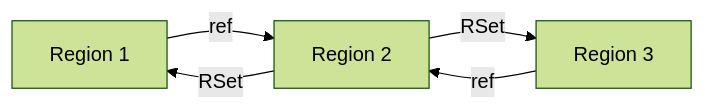
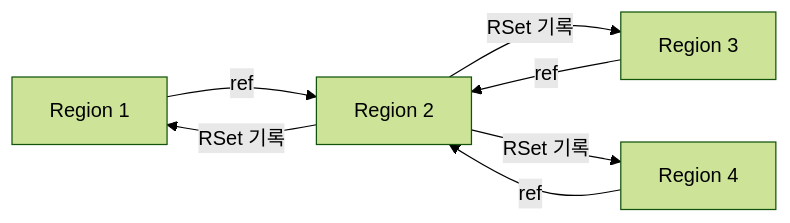
Before and after one commit to jyukki97/study-blog: the first of 3 diagrams in content/learning/deep-dive/deep-dive-jvm-gc-internals.md, drawn with Mermaid (forest theme). The commit also changed other lines of this file and 5 other files, not shown here.

````diff
--- a/content/learning/deep-dive/deep-dive-jvm-gc-internals.md
+++ b/content/learning/deep-dive/deep-dive-jvm-gc-internals.md
@@ -110,6 +177,7 @@
 ```mermaid
 flowchart LR
     R1[Region 1] -->|ref| R2[Region 2]
     R3[Region 3] -->|ref| R2
-    R2 -->|RSet| R1 & R3
+    R4[Region 4] -->|ref| R2
+    R2 -->|RSet 기록| R1 & R3 & R4
 ```
````
